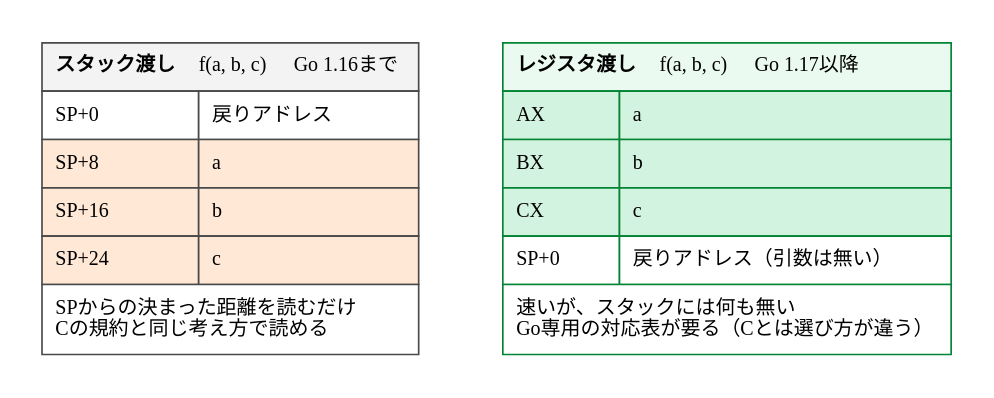
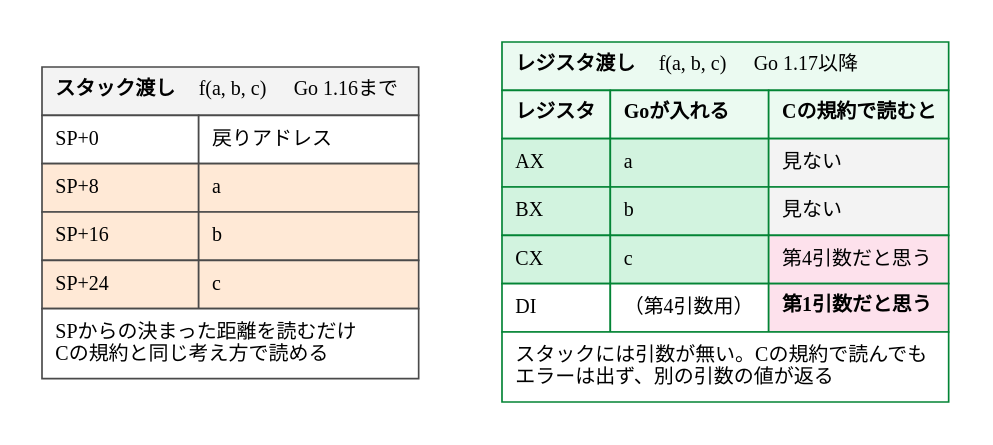
The diagram in diagrams/go-ebpf-primer/20260820-convention-stack-vs-register.dot (ymotongpoo/zenn.dev), drawn with Graphviz before and after one commit. The commit also changed 10 other files, not shown here.

First line of the commit message:
fix(go-ebpf-primer): 呼び出し規約の誤りを直し、図に「Cの規約で読むと」列を足す

```diff
--- a/diagrams/go-ebpf-primer/20260820-convention-stack-vs-register.dot
+++ b/diagrams/go-ebpf-primer/20260820-convention-stack-vs-register.dot
@@ -1,44 +1,45 @@
 // スタック渡しとレジスタ渡し
 digraph convention_stack_vs_register {
   graph [
     fontname="IBM Plex Sans JP", fontsize=13,
     rankdir=TB, compound=true, splines=ortho,
     nodesep=0.5, ranksep=0.7, pad=0.25,
     bgcolor="white", newrank=true
   ];
   node [
     fontname="IBM Plex Sans JP", fontsize=12,
     shape=box, style="rounded,filled",
     fillcolor="#F1F1F1", color="#4A4A4A", penwidth=1.6,
     margin="0.2,0.14"
   ];
   edge [
     fontname="IBM Plex Sans JP", fontsize=11,
     color="#343434", penwidth=1.4, arrowsize=0.9,
     fontcolor="#171717"
   ];
   rankdir=LR;
   nodesep=0.8;
 
   stackway [shape=plain, style="", label=<
     <table border="0" cellborder="1" cellspacing="0" cellpadding="7" color="#4A4A4A">
       <tr><td colspan="2" align="left" bgcolor="#F3F3F3"><b>スタック渡し</b>　<font face="JetBrains Mono">f(a, b, c)</font>　Go 1.16まで</td></tr>
       <tr><td align="left" bgcolor="#FFFFFF"><font face="JetBrains Mono">SP+0</font></td><td align="left" bgcolor="#FFFFFF">戻りアドレス</td></tr>
       <tr><td align="left" bgcolor="#FFE9D6"><font face="JetBrains Mono">SP+8</font></td><td align="left" bgcolor="#FFE9D6"><font face="JetBrains Mono">a</font></td></tr>
       <tr><td align="left" bgcolor="#FFE9D6"><font face="JetBrains Mono">SP+16</font></td><td align="left" bgcolor="#FFE9D6"><font face="JetBrains Mono">b</font></td></tr>
       <tr><td align="left" bgcolor="#FFE9D6"><font face="JetBrains Mono">SP+24</font></td><td align="left" bgcolor="#FFE9D6"><font face="JetBrains Mono">c</font></td></tr>
       <tr><td colspan="2" align="left" bgcolor="#FFFFFF">SPからの決まった距離を読むだけ<br align="left"/>Cの規約と同じ考え方で読める<br align="left"/></td></tr>
     </table>>];
 
   regway [shape=plain, style="", label=<
     <table border="0" cellborder="1" cellspacing="0" cellpadding="7" color="#038435">
-      <tr><td colspan="2" align="left" bgcolor="#EBFAF1"><b>レジスタ渡し</b>　<font face="JetBrains Mono">f(a, b, c)</font>　Go 1.17以降</td></tr>
-      <tr><td align="left" bgcolor="#D2F3DF"><font face="JetBrains Mono">AX</font></td><td align="left" bgcolor="#D2F3DF"><font face="JetBrains Mono">a</font></td></tr>
-      <tr><td align="left" bgcolor="#D2F3DF"><font face="JetBrains Mono">BX</font></td><td align="left" bgcolor="#D2F3DF"><font face="JetBrains Mono">b</font></td></tr>
-      <tr><td align="left" bgcolor="#D2F3DF"><font face="JetBrains Mono">CX</font></td><td align="left" bgcolor="#D2F3DF"><font face="JetBrains Mono">c</font></td></tr>
-      <tr><td align="left" bgcolor="#FFFFFF"><font face="JetBrains Mono">SP+0</font></td><td align="left" bgcolor="#FFFFFF">戻りアドレス（引数は無い）</td></tr>
-      <tr><td colspan="2" align="left" bgcolor="#FFFFFF">速いが、スタックには何も無い<br align="left"/>Go専用の対応表が要る（Cとは選び方が違う）<br align="left"/></td></tr>
+      <tr><td colspan="3" align="left" bgcolor="#EBFAF1"><b>レジスタ渡し</b>　<font face="JetBrains Mono">f(a, b, c)</font>　Go 1.17以降</td></tr>
+      <tr><td align="left" bgcolor="#EBFAF1"><b>レジスタ</b></td><td align="left" bgcolor="#EBFAF1"><b>Goが入れる</b></td><td align="left" bgcolor="#EBFAF1"><b>Cの規約で読むと</b></td></tr>
+      <tr><td align="left" bgcolor="#D2F3DF"><font face="JetBrains Mono">AX</font></td><td align="left" bgcolor="#D2F3DF"><font face="JetBrains Mono">a</font></td><td align="left" bgcolor="#F3F3F3">見ない</td></tr>
+      <tr><td align="left" bgcolor="#D2F3DF"><font face="JetBrains Mono">BX</font></td><td align="left" bgcolor="#D2F3DF"><font face="JetBrains Mono">b</font></td><td align="left" bgcolor="#F3F3F3">見ない</td></tr>
+      <tr><td align="left" bgcolor="#D2F3DF"><font face="JetBrains Mono">CX</font></td><td align="left" bgcolor="#D2F3DF"><font face="JetBrains Mono">c</font></td><td align="left" bgcolor="#FDE1EC">第4引数だと思う</td></tr>
+      <tr><td align="left" bgcolor="#FFFFFF"><font face="JetBrains Mono">DI</font></td><td align="left" bgcolor="#FFFFFF">（第4引数用）</td><td align="left" bgcolor="#FDE1EC"><b>第1引数だと思う</b></td></tr>
+      <tr><td colspan="3" align="left" bgcolor="#FFFFFF">スタックには引数が無い。Cの規約で読んでも<br align="left"/>エラーは出ず、別の引数の値が返る<br align="left"/></td></tr>
     </table>>];
 
   stackway -> regway [style=invis];
 }
```
